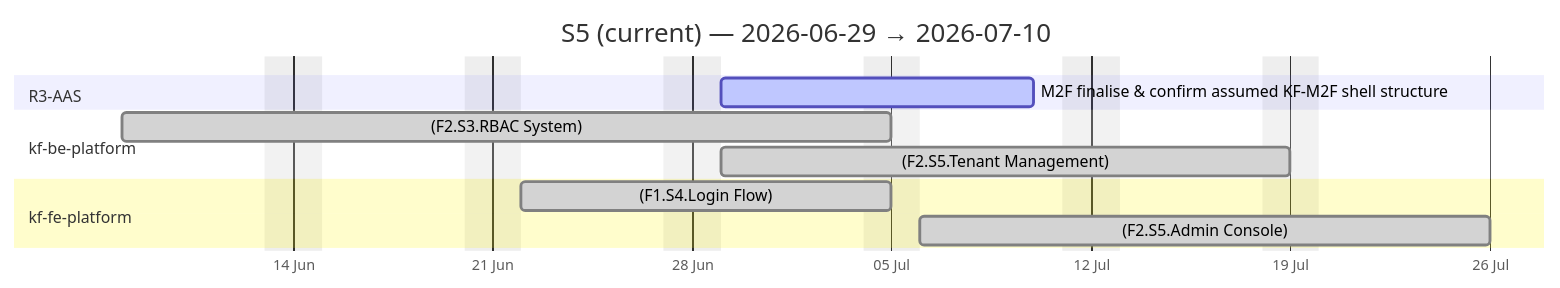
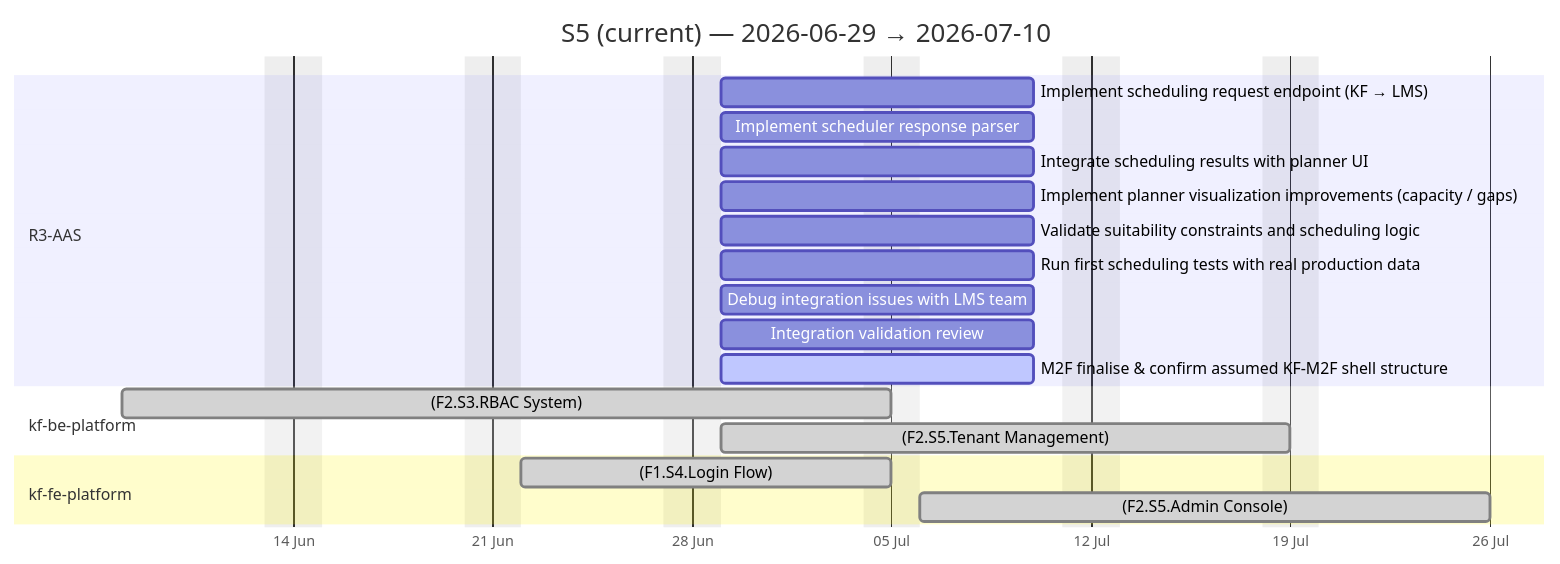
Before and after one commit to Katty-Fashion/kf-cpto: the third of 4 diagrams in docs/agile-sprints.md, drawn with Mermaid. The commit also changed other lines of this file and 12 other files, not shown here.

````diff
--- a/docs/agile-sprints.md
+++ b/docs/agile-sprints.md
@@ -63,16 +63,24 @@
 ```mermaid
 gantt
     title S5 (current) — 2026-06-29 → 2026-07-10
     dateFormat YYYY-MM-DD
     axisFormat %d %b
     excludes weekends
 
     section R3-AAS
+    Implement scheduling request endpoint (KF → LMS) :2026-06-29, 2026-07-10
+    Implement scheduler response parser :2026-06-29, 2026-07-10
+    Integrate scheduling results with planner UI :2026-06-29, 2026-07-10
+    Implement planner visualization improvements (capacity / gaps) :2026-06-29, 2026-07-10
+    Validate suitability constraints and scheduling logic :2026-06-29, 2026-07-10
+    Run first scheduling tests with real production data :2026-06-29, 2026-07-10
+    Debug integration issues with LMS team :2026-06-29, 2026-07-10
+    Integration validation review :2026-06-29, 2026-07-10
     M2F finalise & confirm assumed KF-M2F shell structure :active, 2026-06-29, 2026-07-10
     section kf-be-platform
     (F2.S3.RBAC System) :done, 2026-06-08, 2026-07-05
     (F2.S5.Tenant Management) :done, 2026-06-29, 2026-07-19
     section kf-fe-platform
     (F1.S4.Login Flow) :done, 2026-06-22, 2026-07-05
     (F2.S5.Admin Console) :done, 2026-07-06, 2026-07-26
 ```
````
